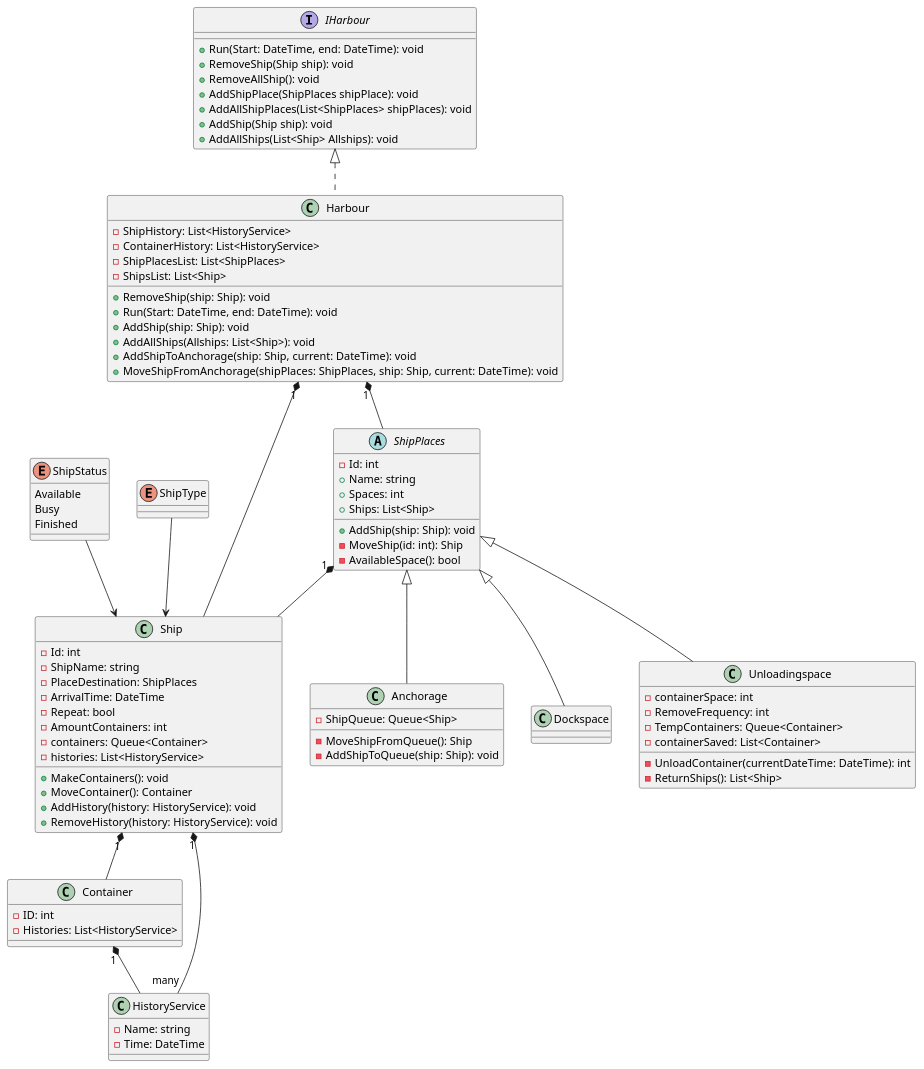
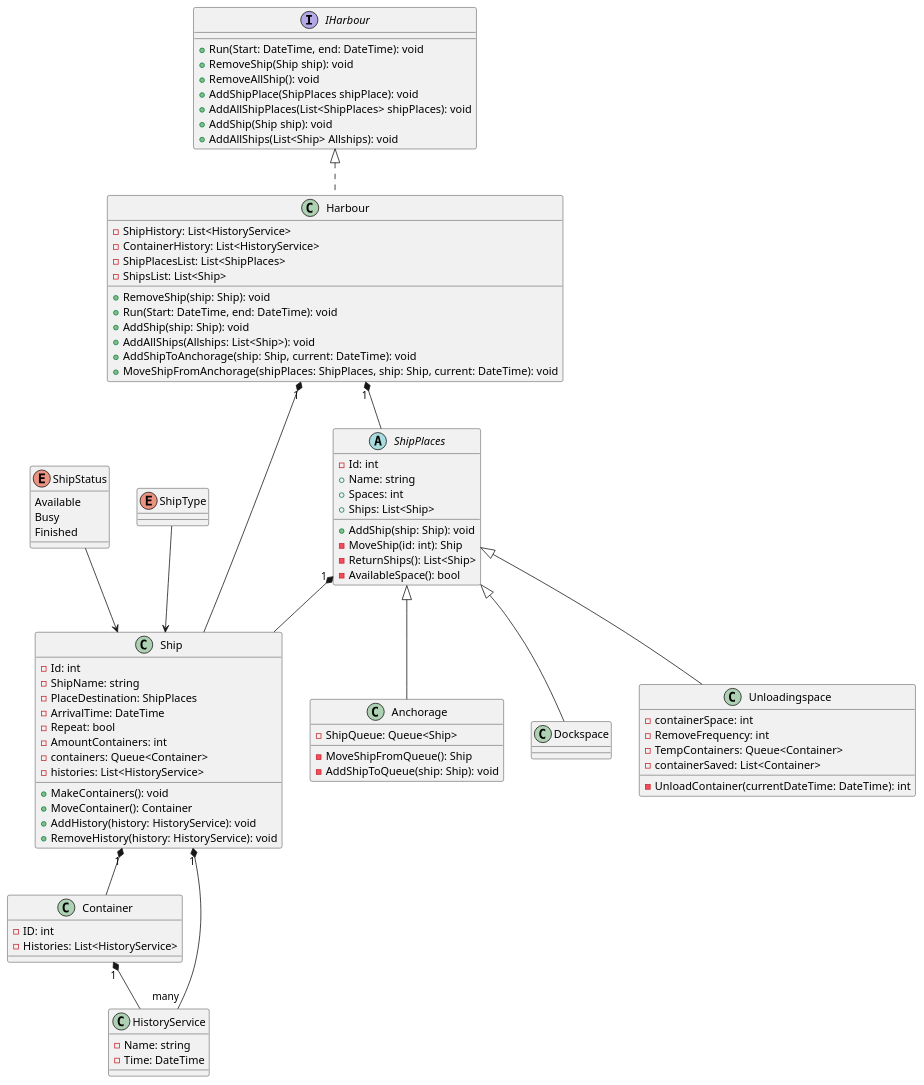
One commit to NET-og-Rammeverk-gruppe-MBFS/HavnAPI changed the diagram in HavnAPIuml.puml. Above: the diagram before and after it, drawn with PlantUML. The commit also changed other lines of this file, not shown here.

Commit message:
Endret UML diagrammet basert på flytting av ReturnShips metoden

```diff
--- a/HavnAPIuml.puml
+++ b/HavnAPIuml.puml
@@ -1,97 +1,97 @@
 @startuml
 
 abstract class ShipPlaces {
     -Id: int
     +Name: string
     +Spaces: int
     +Ships: List<Ship>
     +AddShip(ship: Ship): void
     -MoveShip(id: int): Ship
+    -ReturnShips(): List<Ship>
     -AvailableSpace(): bool
 }
 
 class Ship {
     -Id: int
     -ShipName: string
     -PlaceDestination: ShipPlaces
     -ArrivalTime: DateTime
     -Repeat: bool
     -AmountContainers: int
     -containers: Queue<Container>
     -histories: List<HistoryService>
     +MakeContainers(): void
     +MoveContainer(): Container
     +AddHistory(history: HistoryService): void
     +RemoveHistory(history: HistoryService): void
 }
 
 class Container {
     -ID: int
     -Histories: List<HistoryService>
 }
 
 class HistoryService {
     -Name: string
     -Time: DateTime
 }
 
 enum ShipStatus {
     Available
     Busy
     Finished
 }
 
 enum ShipType {
 }
 
 class Anchorage extends ShipPlaces {
     -ShipQueue: Queue<Ship>
     -MoveShipFromQueue(): Ship
     -AddShipToQueue(ship: Ship): void
 }
 
 class Dockspace extends ShipPlaces {
 }
 
 class Unloadingspace extends ShipPlaces {
     -containerSpace: int
     -RemoveFrequency: int
     -TempContainers: Queue<Container>
     -containerSaved: List<Container>
     -UnloadContainer(currentDateTime: DateTime): int
-    -ReturnShips(): List<Ship>
 }
 
 interface IHarbour {
     +Run(Start: DateTime, end: DateTime): void
     +RemoveShip(Ship ship): void
     +RemoveAllShip(): void
     +AddShipPlace(ShipPlaces shipPlace): void
     +AddAllShipPlaces(List<ShipPlaces> shipPlaces): void
     +AddShip(Ship ship): void
     +AddAllShips(List<Ship> Allships): void
 }
 
 class Harbour implements IHarbour {
     -ShipHistory: List<HistoryService>
     -ContainerHistory: List<HistoryService>
     -ShipPlacesList: List<ShipPlaces>
     -ShipsList: List<Ship>
     +RemoveShip(ship: Ship): void
     +Run(Start: DateTime, end: DateTime): void
     +AddShip(ship: Ship): void
     +AddAllShips(Allships: List<Ship>): void
     +AddShipToAnchorage(ship: Ship, current: DateTime): void
     +MoveShipFromAnchorage(shipPlaces: ShipPlaces, ship: Ship, current: DateTime): void
 }
 
 ShipStatus --> Ship
 ShipType --> Ship
 Harbour "1" *-- ShipPlaces
 Harbour "1" *-- Ship
 ShipPlaces "1" *-- Ship
 Ship "1" *-- Container
 Ship "1" *-- "many" HistoryService
 Container "1" *-- HistoryService
 
 @enduml
```
